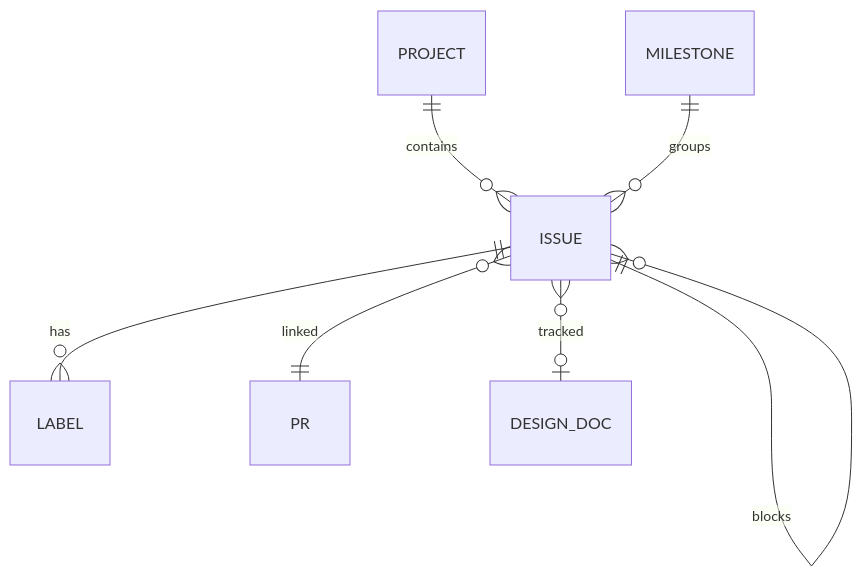
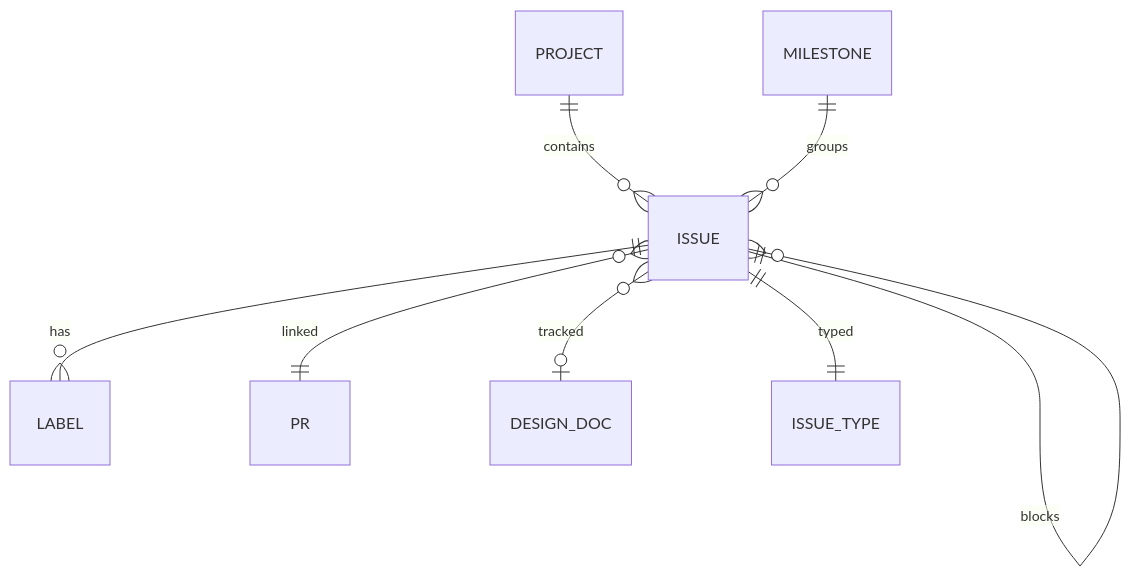
The second of 2 diagrams in docs/design/github-taxonomy.md (tinaudio/synth-setter), drawn with Mermaid before and after one commit. The commit also changed other lines of this file, not shown here.

````diff
--- a/docs/design/github-taxonomy.md
+++ b/docs/design/github-taxonomy.md
@@ -291,10 +271,11 @@
 ```mermaid
 erDiagram
     PROJECT ||--o{ ISSUE : contains
     MILESTONE ||--o{ ISSUE : groups
     ISSUE ||--o{ LABEL : has
     ISSUE ||--o| ISSUE : parent
     ISSUE ||--o{ ISSUE : blocks
     ISSUE }o--|| PR : linked
     ISSUE }o--o| DESIGN_DOC : tracked
+    ISSUE ||--|| ISSUE_TYPE : typed
 ```
````
